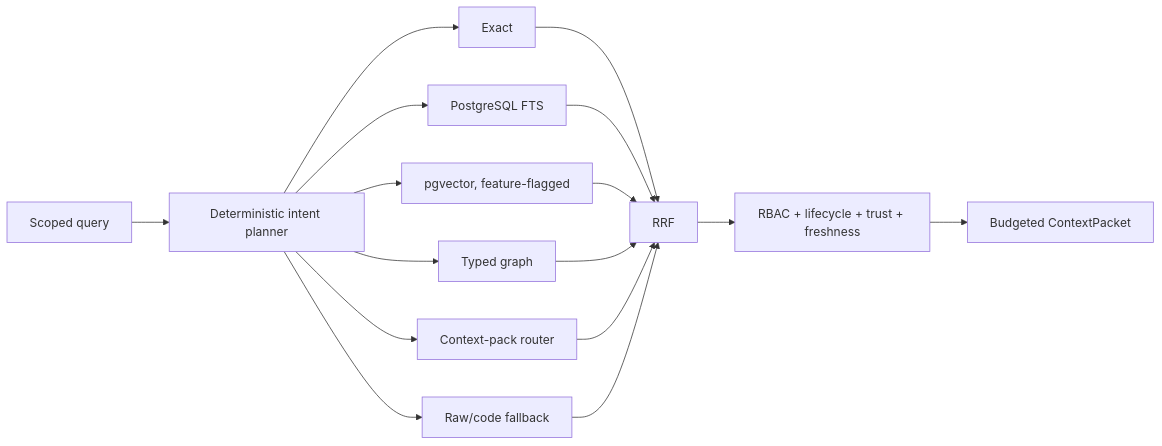
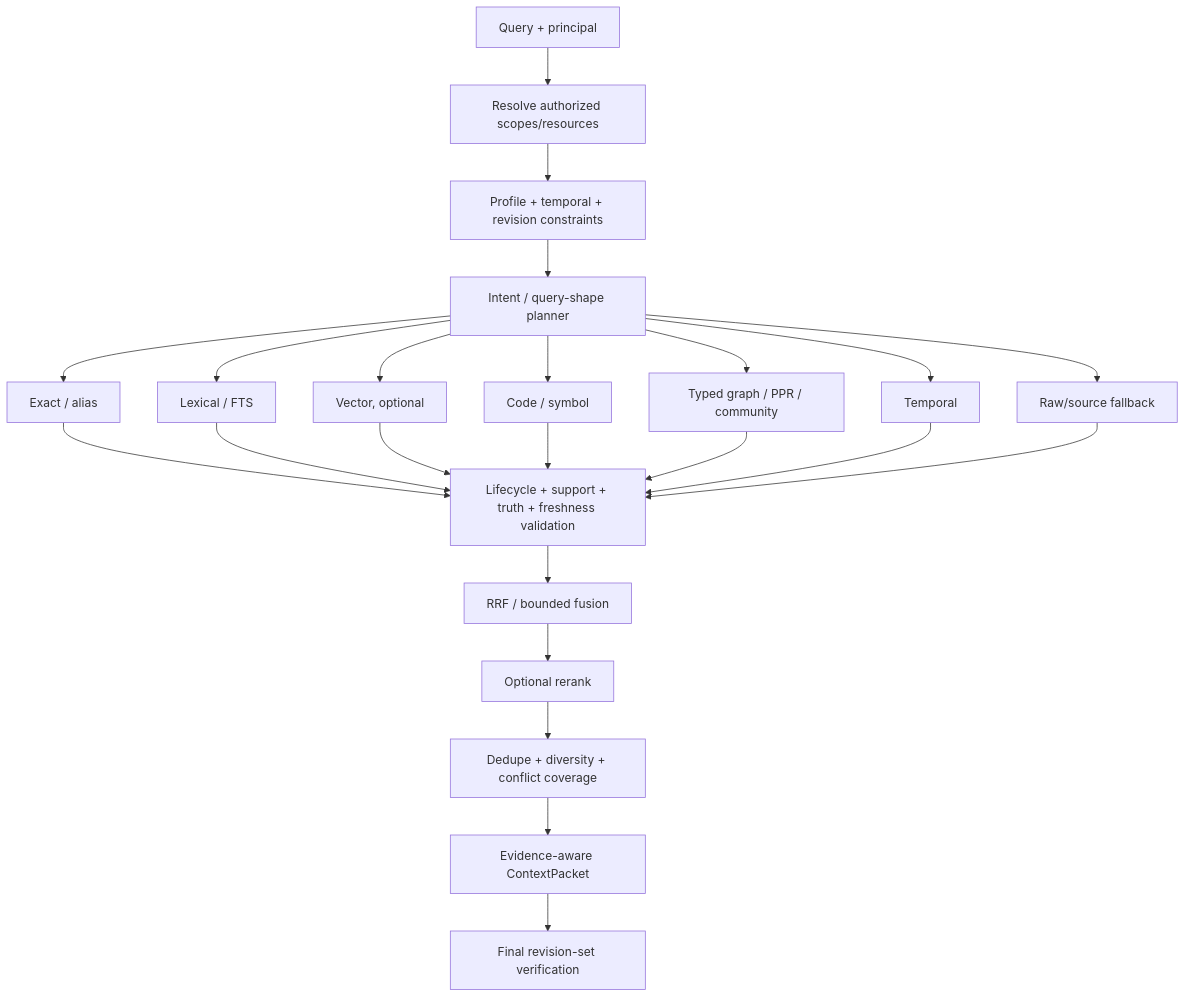
Before and after one commit to David-std/Architecture-Knowledge-Platform: the fourth of 7 diagrams in docs/architecture/runtime-flows.md, drawn with Mermaid. The commit also changed other lines of this file and 20 other files, not shown here.

Commit message:
docs: align product documentation with v0.4 context architecture

````diff
--- a/docs/architecture/runtime-flows.md
+++ b/docs/architecture/runtime-flows.md
@@ -107,18 +107,25 @@
 ```mermaid
-flowchart LR
-  Q["Scoped query"] --> Planner["Deterministic intent planner"]
-  Planner --> Exact
-  Planner --> FTS["PostgreSQL FTS"]
-  Planner --> Vector["pgvector, feature-flagged"]
-  Planner --> Graph["Typed graph"]
-  Planner --> Packs["Context-pack router"]
-  Planner --> Fallback["Raw/code fallback"]
-  Exact --> RRF
-  FTS --> RRF
-  Vector --> RRF
-  Graph --> RRF
-  Packs --> RRF
-  Fallback --> RRF
-  RRF --> Policy["RBAC + lifecycle + trust + freshness"]
-  Policy --> Packet["Budgeted ContextPacket"]
+flowchart TD
+  Q["Query + principal"] --> Scope["Resolve authorized scopes/resources"]
+  Scope --> Constraints["Profile + temporal + revision constraints"]
+  Constraints --> Planner["Intent / query-shape planner"]
+  Planner --> Exact["Exact / alias"]
+  Planner --> FTS["Lexical / FTS"]
+  Planner --> Vector["Vector, optional"]
+  Planner --> Code["Code / symbol"]
+  Planner --> Graph["Typed graph / PPR / community"]
+  Planner --> Temporal["Temporal"]
+  Planner --> Raw["Raw/source fallback"]
+  Exact --> Truth["Lifecycle + support + truth + freshness validation"]
+  FTS --> Truth
+  Vector --> Truth
+  Code --> Truth
+  Graph --> Truth
+  Temporal --> Truth
+  Raw --> Truth
+  Truth --> Fusion["RRF / bounded fusion"]
+  Fusion --> Rerank["Optional rerank"]
+  Rerank --> Assemble["Dedupe + diversity + conflict coverage"]
+  Assemble --> Packet["Evidence-aware ContextPacket"]
+  Packet --> Verify["Final revision-set verification"]
 ```
````
